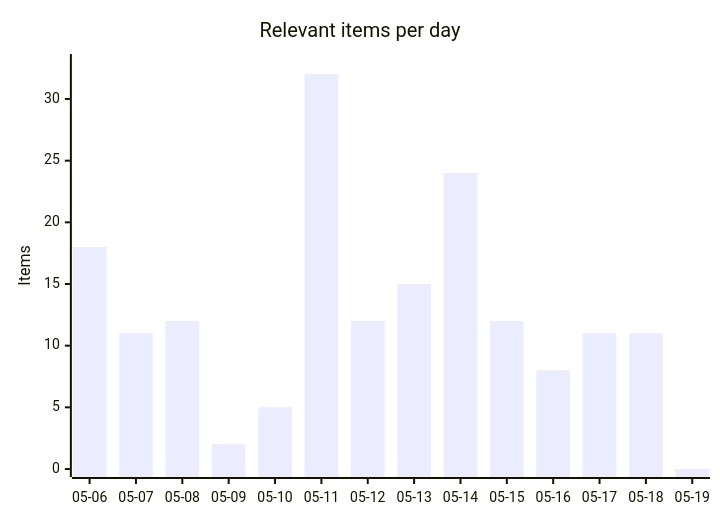
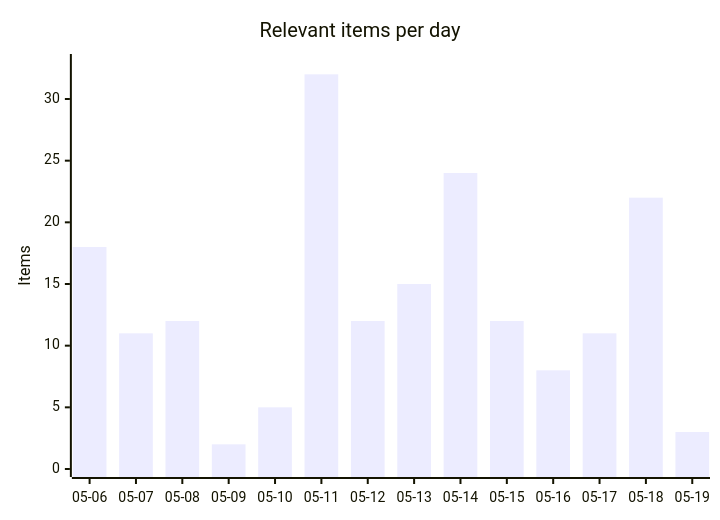
Before and after one commit to martinbalfanz/social-scanner-reports: the first of 4 diagrams in README.md, drawn with Mermaid. The commit also changed other lines of this file and 2 other files, not shown here.

````diff
--- a/README.md
+++ b/README.md
@@ -30,7 +30,7 @@
 ```mermaid
 xychart-beta
     title "Relevant items per day"
     x-axis ["05-06", "05-07", "05-08", "05-09", "05-10", "05-11", "05-12", "05-13", "05-14", "05-15", "05-16", "05-17", "05-18", "05-19"]
     y-axis "Items" 0 --> 33
-    bar [18, 11, 12, 2, 5, 32, 12, 15, 24, 12, 8, 11, 11, 0]
+    bar [18, 11, 12, 2, 5, 32, 12, 15, 24, 12, 8, 11, 22, 3]
 ```
````
